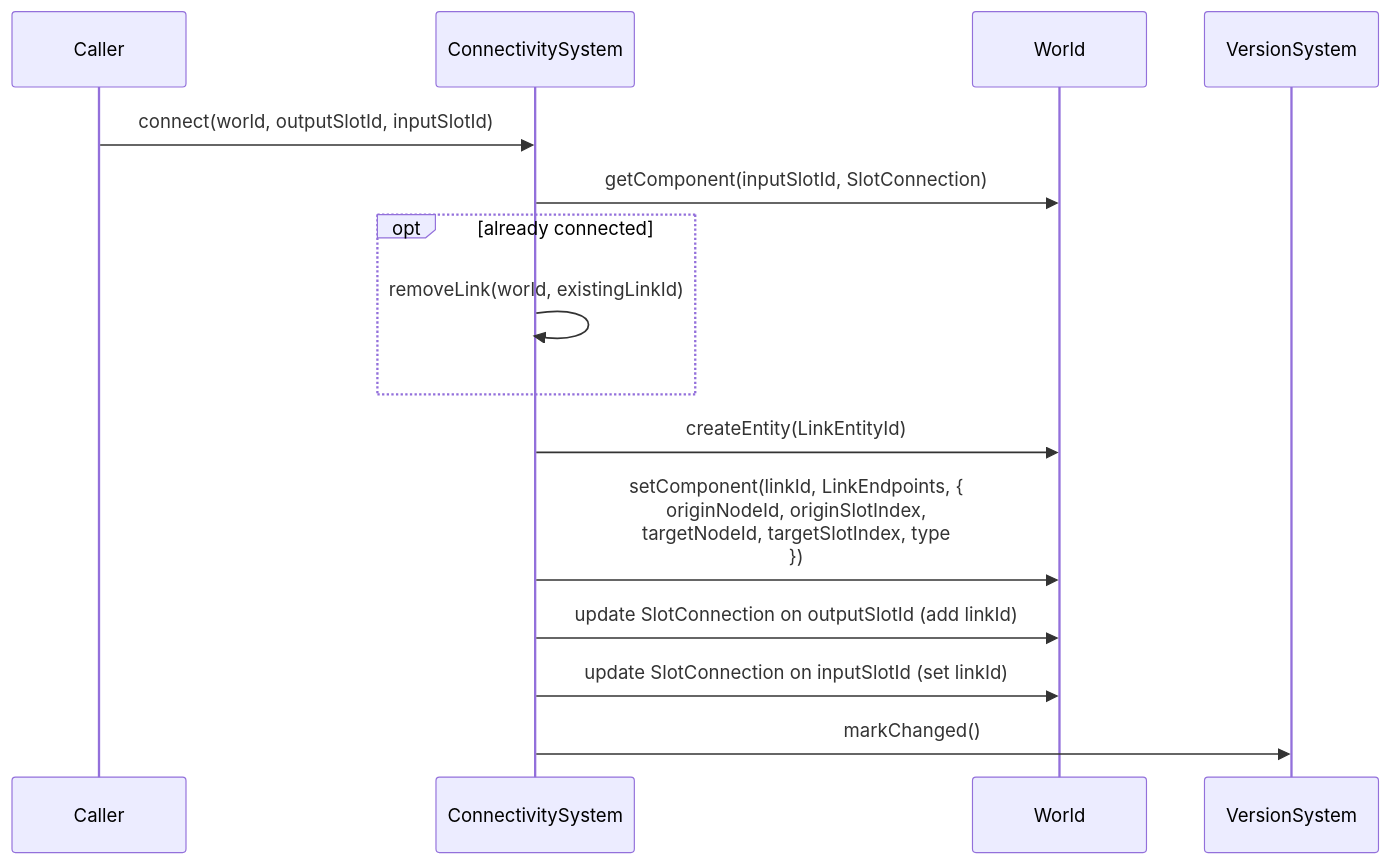
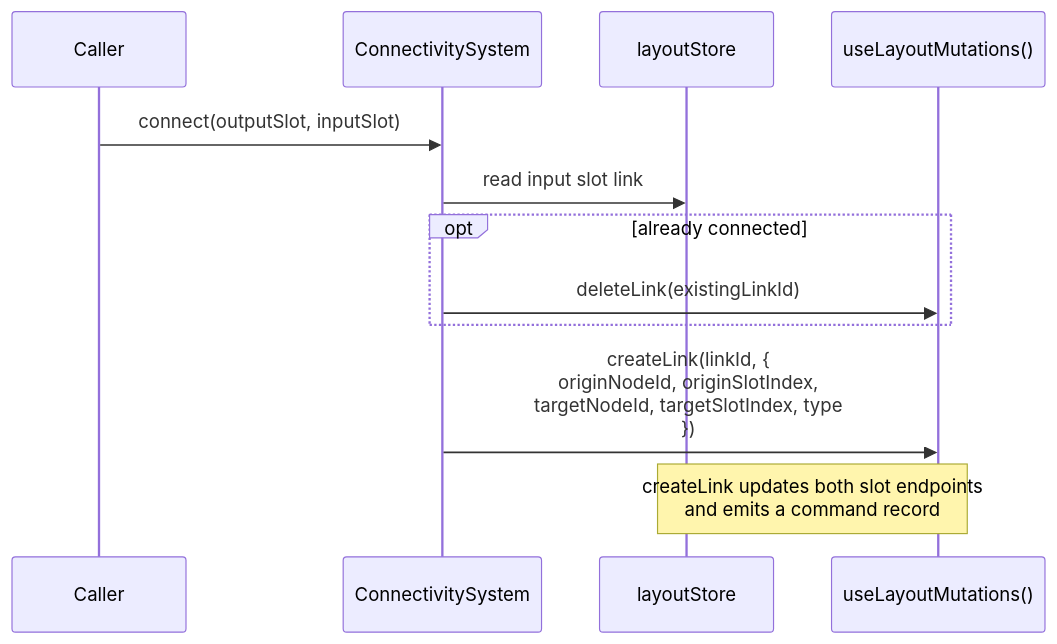
Before and after one commit to mg-org-4/sub-251027: diagram 12 of 14 in ComfyUI_frontend/docs/architecture/ecs-lifecycle-scenarios.md, drawn with Mermaid. The commit also changed other lines of this file and 518 other files, not shown here.

````diff
--- a/ComfyUI_frontend/docs/architecture/ecs-lifecycle-scenarios.md
+++ b/ComfyUI_frontend/docs/architecture/ecs-lifecycle-scenarios.md
@@ -590,22 +569,17 @@
 ```mermaid
 sequenceDiagram
     participant Caller
     participant CS as ConnectivitySystem
-    participant W as World
-    participant VS as VersionSystem
+    participant LS as layoutStore
+    participant LM as useLayoutMutations()
 
-    Caller->>CS: connect(world, outputSlotId, inputSlotId)
+    Caller->>CS: connect(outputSlot, inputSlot)
 
-    CS->>W: getComponent(inputSlotId, SlotConnection)
+    CS->>LS: read input slot link
     opt already connected
-        CS->>CS: removeLink(world, existingLinkId)
+        CS->>LM: deleteLink(existingLinkId)
     end
 
-    CS->>W: createEntity(LinkEntityId)
-    CS->>W: setComponent(linkId, LinkEndpoints, {<br/>  originNodeId, originSlotIndex,<br/>  targetNodeId, targetSlotIndex, type<br/>})
-
-    CS->>W: update SlotConnection on outputSlotId (add linkId)
-    CS->>W: update SlotConnection on inputSlotId (set linkId)
-
-    CS->>VS: markChanged()
+    CS->>LM: createLink(linkId, {<br/>  originNodeId, originSlotIndex,<br/>  targetNodeId, targetSlotIndex, type<br/>})
+    Note over LM,LS: createLink updates both slot endpoints<br/>and emits a command record
 ```
````
